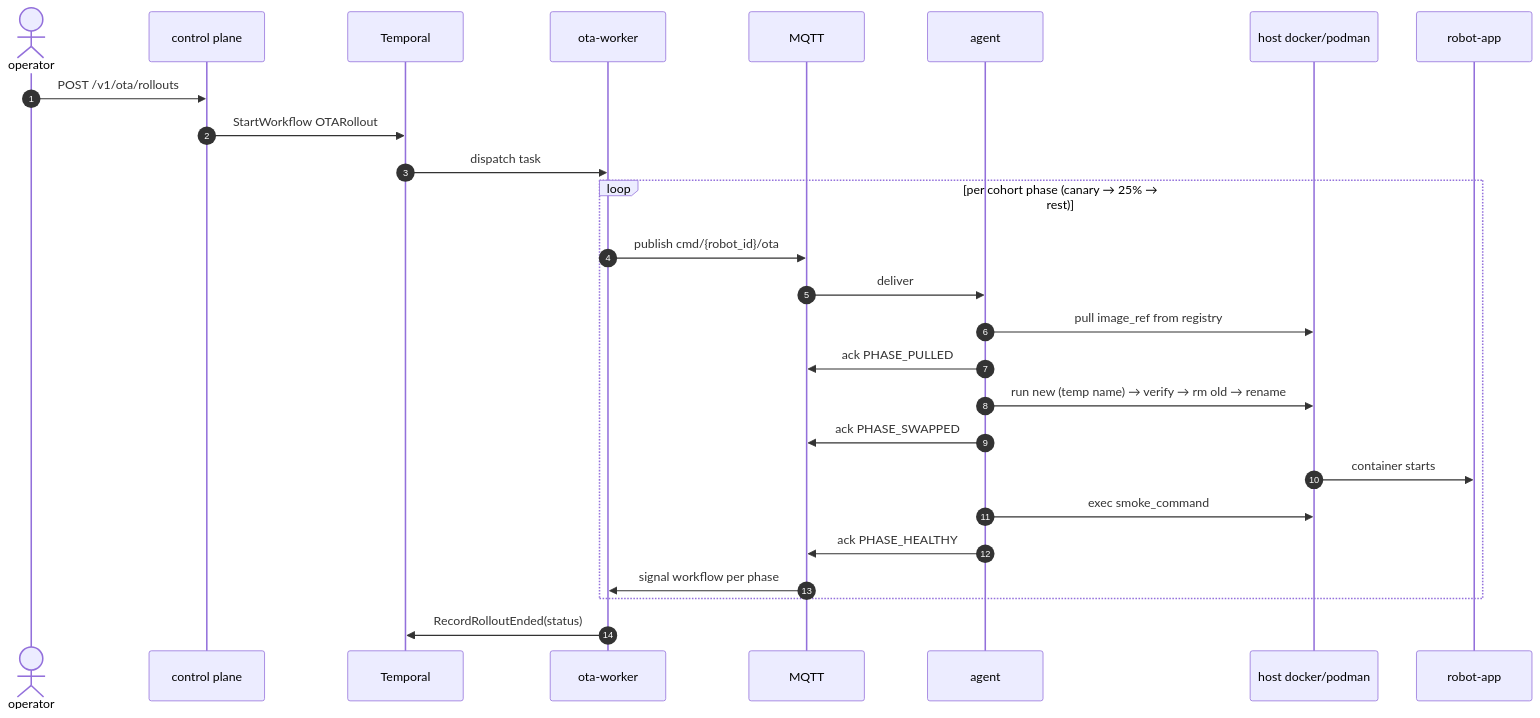
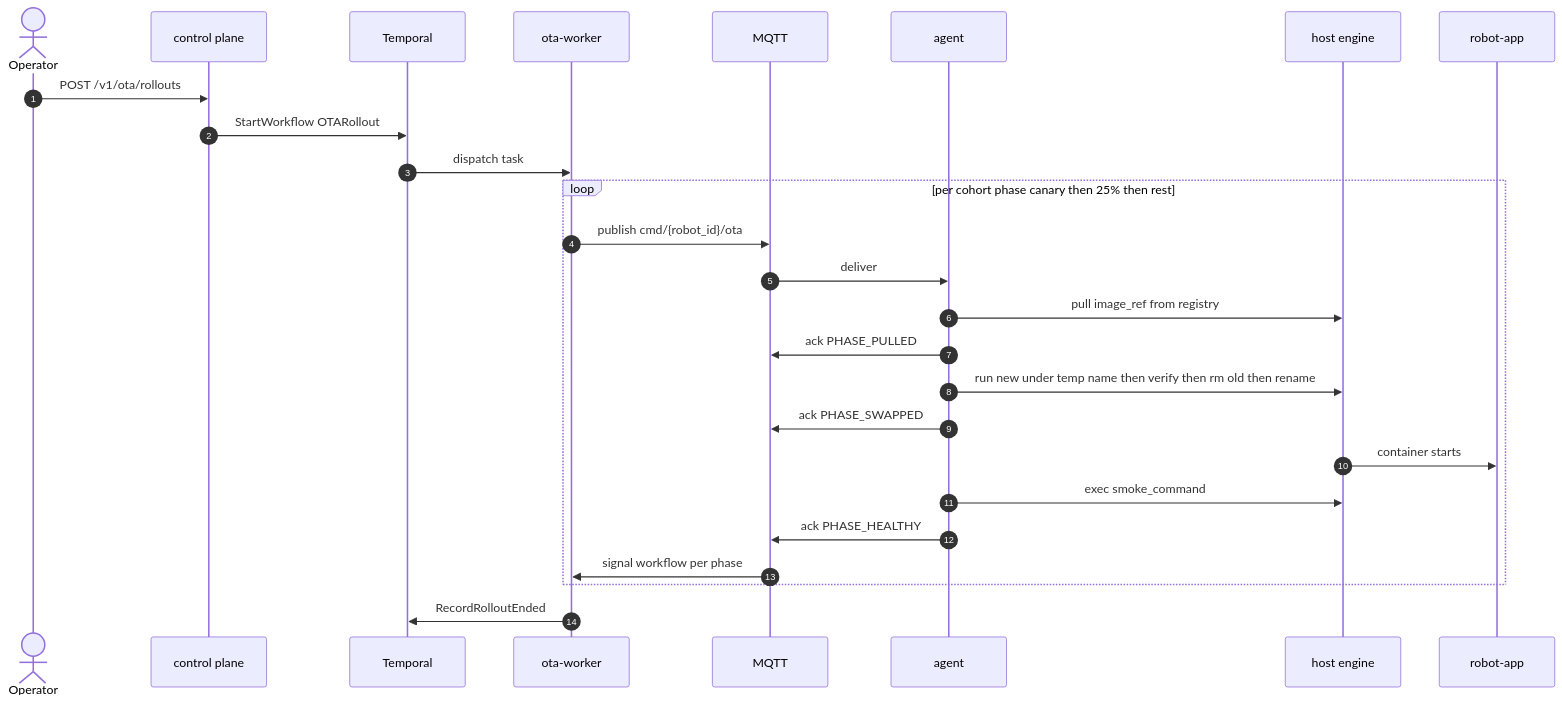
One commit to ferrosadb/temporal-hack changed the third of 4 diagrams in specs/overview.md. Above: the diagram before and after it, drawn with Mermaid. The commit also changed other lines of this file and 1 other file, not shown here.

First line of the commit message:
docs(mermaid): fix sequenceDiagram parser breakage on alias parens

````diff
--- a/specs/overview.md
+++ b/specs/overview.md
@@ -161,29 +162,29 @@
 ```mermaid
 sequenceDiagram
     autonumber
-    actor Op as operator
+    actor Op as Operator
     participant Cp as control plane
     participant Tmp as Temporal
     participant Ow as ota-worker
     participant MQ as MQTT
     participant Ag as agent
-    participant Eng as host docker/podman
+    participant Eng as host engine
     participant App as robot-app
 
     Op->>Cp: POST /v1/ota/rollouts
     Cp->>Tmp: StartWorkflow OTARollout
     Tmp->>Ow: dispatch task
-    loop per cohort phase (canary → 25% → rest)
+    loop per cohort phase canary then 25% then rest
         Ow->>MQ: publish cmd/{robot_id}/ota
         MQ->>Ag: deliver
         Ag->>Eng: pull image_ref from registry
         Ag->>MQ: ack PHASE_PULLED
-        Ag->>Eng: run new (temp name) → verify → rm old → rename
+        Ag->>Eng: run new under temp name then verify then rm old then rename
         Ag->>MQ: ack PHASE_SWAPPED
         Eng->>App: container starts
         Ag->>Eng: exec smoke_command
         Ag->>MQ: ack PHASE_HEALTHY
         MQ->>Ow: signal workflow per phase
     end
-    Ow->>Tmp: RecordRolloutEnded(status)
+    Ow->>Tmp: RecordRolloutEnded
 ```
````
